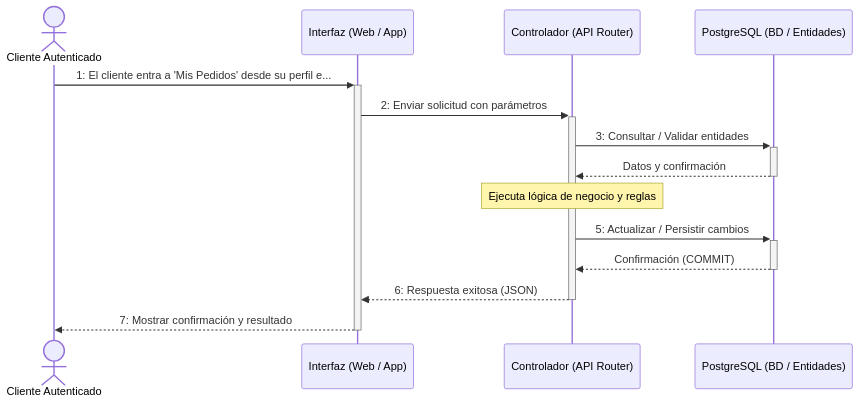
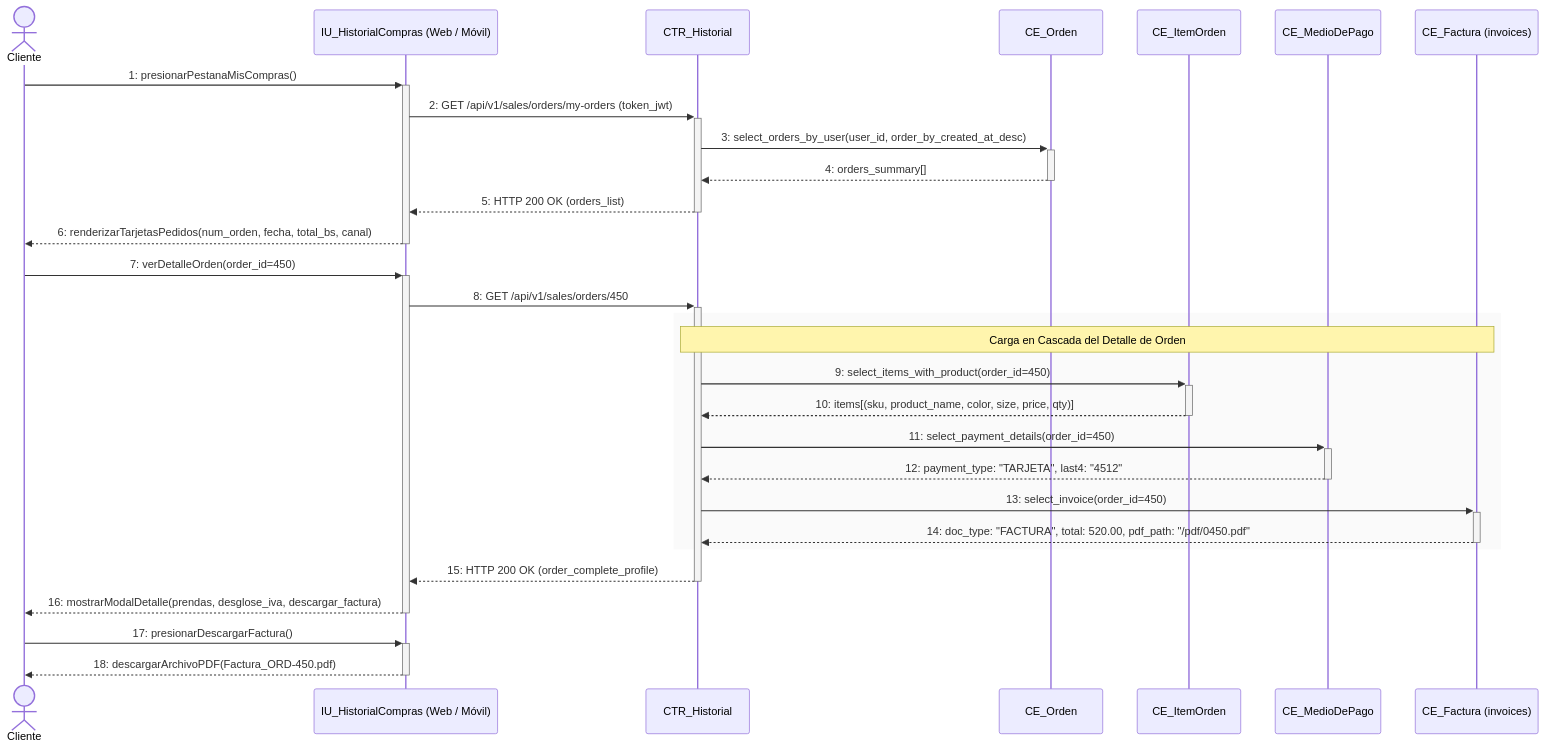
Diagram 22 of 38 in documentos/DOCUMENTACION_40_CASOS_DE_USO_DIAGRAMAS_SECUENCIA.md (jc-larry/ecommerce), drawn with Mermaid before and after one commit. The commit also changed other lines of this file and 148 other files, not shown here.

````diff
--- a/documentos/DOCUMENTACION_40_CASOS_DE_USO_DIAGRAMAS_SECUENCIA.md
+++ b/documentos/DOCUMENTACION_40_CASOS_DE_USO_DIAGRAMAS_SECUENCIA.md
@@ -1197,16 +1451,34 @@
 ```mermaid
 sequenceDiagram
-    actor U as Cliente Autenticado
-    participant IU as Interfaz (Web / App)
-    participant CTR as Controlador (API Router)
-    participant DB as PostgreSQL (BD / Entidades)
-    U->>+IU: 1: El cliente entra a 'Mis Pedidos' desde su perfil e...
-    IU->>+CTR: 2: Enviar solicitud con parámetros
-    CTR->>+DB: 3: Consultar / Validar entidades
-    DB-->>-CTR: Datos y confirmación
-    Note over CTR: Ejecuta lógica de negocio y reglas
-    CTR->>+DB: 5: Actualizar / Persistir cambios
-    DB-->>-CTR: Confirmación (COMMIT)
-    CTR-->>-IU: 6: Respuesta exitosa (JSON)
-    IU-->>-U: 7: Mostrar confirmación y resultado
+    actor C as Cliente
+    participant IU as IU_HistorialCompras (Web / Móvil)
+    participant CTR as CTR_Historial
+    participant CE_O as CE_Orden
+    participant CE_IO as CE_ItemOrden
+    participant CE_P as CE_MedioDePago
+    participant CE_F as CE_Factura (invoices)
+
+    C->>+IU: 1: presionarPestanaMisCompras()
+    IU->>+CTR: 2: GET /api/v1/sales/orders/my-orders (token_jwt)
+    CTR->>+CE_O: 3: select_orders_by_user(user_id, order_by_created_at_desc)
+    CE_O-->>-CTR: 4: orders_summary[]
+    CTR-->>-IU: 5: HTTP 200 OK (orders_list)
+    IU-->>-C: 6: renderizarTarjetasPedidos(num_orden, fecha, total_bs, canal)
+
+    C->>+IU: 7: verDetalleOrden(order_id=450)
+    IU->>+CTR: 8: GET /api/v1/sales/orders/450
+    rect rgb(250, 250, 250)
+    Note over CTR,CE_F: Carga en Cascada del Detalle de Orden
+    CTR->>+CE_IO: 9: select_items_with_product(order_id=450)
+    CE_IO-->>-CTR: 10: items[(sku, product_name, color, size, price, qty)]
+    CTR->>+CE_P: 11: select_payment_details(order_id=450)
+    CE_P-->>-CTR: 12: payment_type: "TARJETA", last4: "4512"
+    CTR->>+CE_F: 13: select_invoice(order_id=450)
+    CE_F-->>-CTR: 14: doc_type: "FACTURA", total: 520.00, pdf_path: "/pdf/0450.pdf"
+    end
+    CTR-->>-IU: 15: HTTP 200 OK (order_complete_profile)
+    IU-->>-C: 16: mostrarModalDetalle(prendas, desglose_iva, descargar_factura)
+
+    C->>+IU: 17: presionarDescargarFactura()
+    IU-->>-C: 18: descargarArchivoPDF(Factura_ORD-450.pdf)
 ```
````
